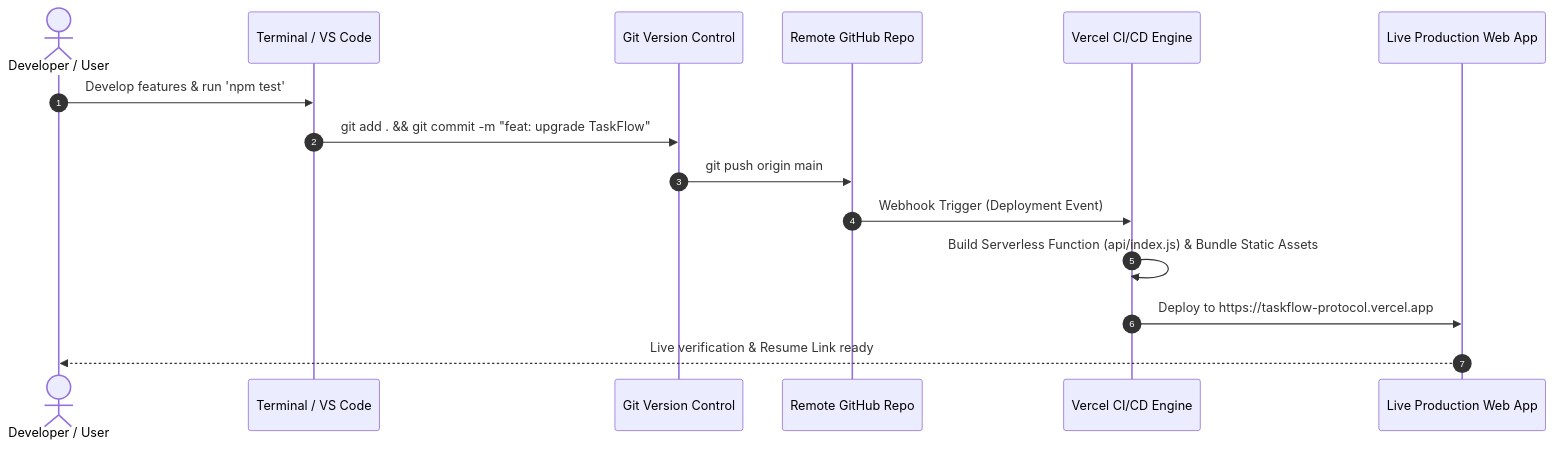
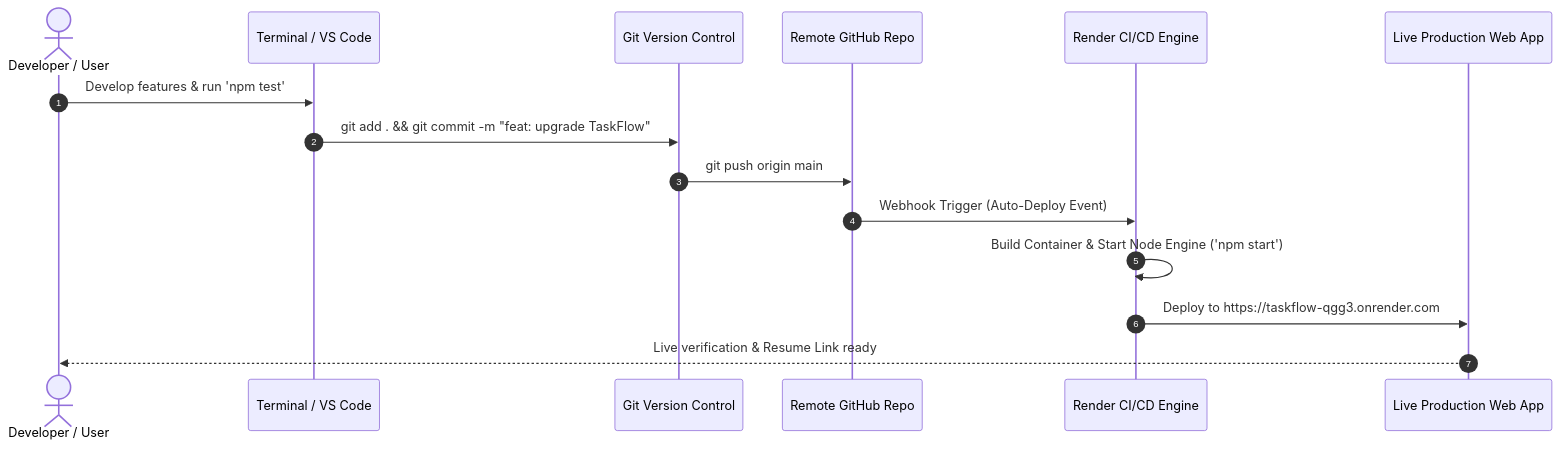
Before and after one commit to rafiulshafin/mini-project: the third of 3 diagrams in README.md, drawn with Mermaid. The commit also changed other lines of this file, not shown here.

Commit message:
docs: update production live URL to Render deployment

````diff
--- a/README.md
+++ b/README.md
@@ -134,18 +134,18 @@
 ```mermaid
 sequenceDiagram
     autonumber
     actor Dev as Developer / User
     participant CLI as Terminal / VS Code
     participant Git as Git Version Control
     participant GitHub as Remote GitHub Repo
-    participant Vercel as Vercel CI/CD Engine
+    participant Render as Render CI/CD Engine
     participant Prod as Live Production Web App
 
     Dev->>CLI: Develop features & run 'npm test'
     CLI->>Git: git add . && git commit -m "feat: upgrade TaskFlow"
     Git->>GitHub: git push origin main
-    GitHub->>Vercel: Webhook Trigger (Deployment Event)
-    Vercel->>Vercel: Build Serverless Function (api/index.js) & Bundle Static Assets
-    Vercel->>Prod: Deploy to https://taskflow-protocol.vercel.app
+    GitHub->>Render: Webhook Trigger (Auto-Deploy Event)
+    Render->>Render: Build Container & Start Node Engine ('npm start')
+    Render->>Prod: Deploy to https://taskflow-qgg3.onrender.com
     Prod-->>Dev: Live verification & Resume Link ready
 ```
````
